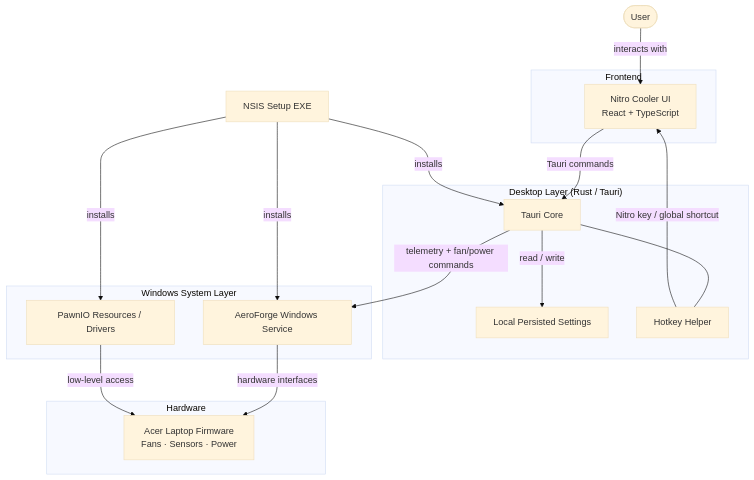
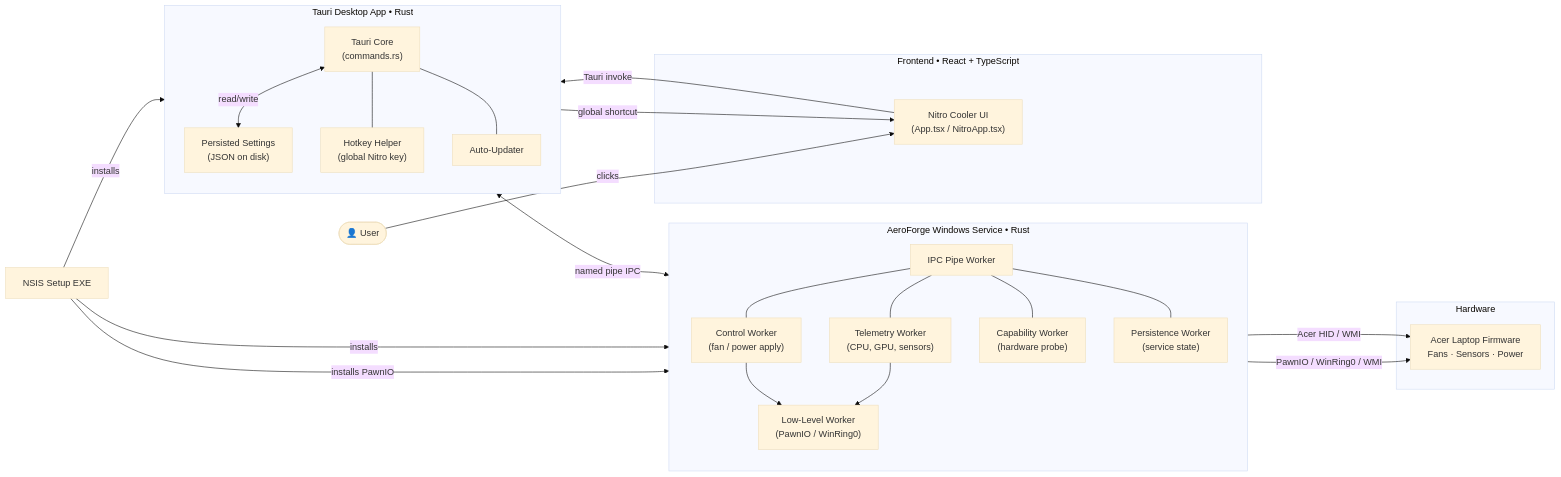
The diagram in README.md (oscarrego/Nitro-Cooler), drawn with Mermaid (base theme) before and after one commit. The commit also changed other lines of this file, not shown here.

Commit message:
docs: inline video preview, NitroCooler v1.0 release name, accurate LR architecture diagram

````diff
--- a/README.md
+++ b/README.md
@@ -91,37 +76,51 @@
 ```mermaid
-flowchart TD
-    User([User])
+flowchart LR
+    User(["👤 User"])
 
-    subgraph Frontend["Frontend"]
-        UI["Nitro Cooler UI\nReact + TypeScript"]
+    User -->|clicks| UI
+
+    subgraph App["Tauri Desktop App  •  Rust"]
+        direction TB
+        TauriCore["Tauri Core\n(commands.rs)"]
+        State["Persisted Settings\n(JSON on disk)"]
+        NitroKey["Hotkey Helper\n(global Nitro key)"]
+        Updater["Auto-Updater"]
+        TauriCore <-->|read/write| State
+        TauriCore --- NitroKey
+        TauriCore --- Updater
     end
 
-    subgraph Desktop["Desktop Layer (Rust / Tauri)"]
-        App[Tauri Core]
-        State[Local Persisted Settings]
-        Helper[Hotkey Helper]
+    subgraph Frontend["Frontend  •  React + TypeScript"]
+        UI["Nitro Cooler UI\n(App.tsx / NitroApp.tsx)"]
     end
 
-    subgraph WinSys["Windows System Layer"]
-        Service[AeroForge Windows Service]
-        Drivers[PawnIO Resources / Drivers]
+    subgraph Service["AeroForge Windows Service  •  Rust"]
+        direction TB
+        IPC["IPC Pipe Worker"]
+        Control["Control Worker\n(fan / power apply)"]
+        Telemetry["Telemetry Worker\n(CPU, GPU, sensors)"]
+        Capability["Capability Worker\n(hardware probe)"]
+        Persistence["Persistence Worker\n(service state)"]
+        LowLevel["Low-Level Worker\n(PawnIO / WinRing0)"]
     end
 
     subgraph HW["Hardware"]
         FW["Acer Laptop Firmware\nFans · Sensors · Power"]
     end
 
-    Installer["NSIS Setup EXE"]
+    UI -->|Tauri invoke| TauriCore
+    NitroKey -->|global shortcut| UI
+    TauriCore <-->|named pipe IPC| IPC
+    IPC --- Control
+    IPC --- Telemetry
+    IPC --- Capability
+    IPC --- Persistence
+    Control --> LowLevel
+    Telemetry --> LowLevel
+    LowLevel -->|PawnIO / WinRing0 / WMI| FW
+    Control -->|Acer HID / WMI| FW
 
-    User -->|interacts with| UI
-    UI -->|Tauri commands| App
-    App -->|read / write| State
-    App -->|telemetry + fan/power commands| Service
-    App --- Helper
-    Helper -->|Nitro key / global shortcut| UI
-    Service -->|hardware interfaces| FW
-    Installer -->|installs| App
+    Installer["NSIS Setup EXE"] -->|installs| App
     Installer -->|installs| Service
-    Installer -->|installs| Drivers
-    Drivers -->|low-level access| FW
+    Installer -->|installs PawnIO| LowLevel
 ```
````
